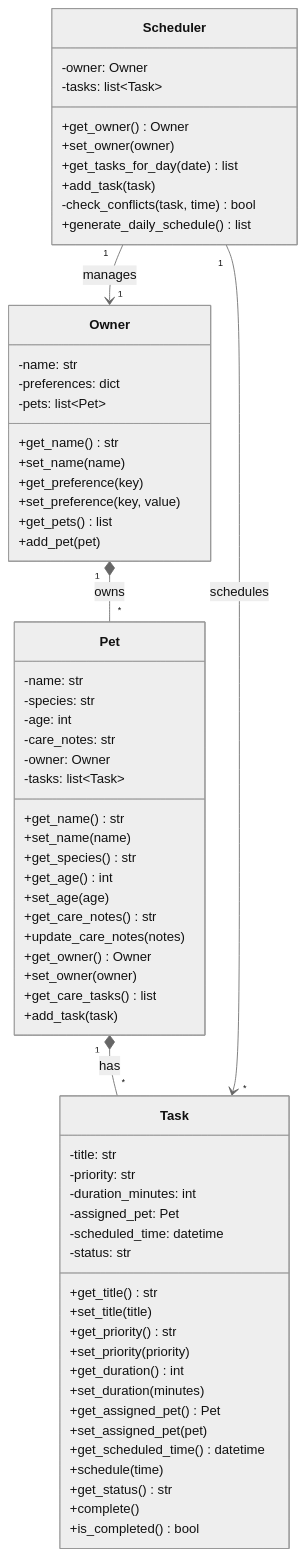
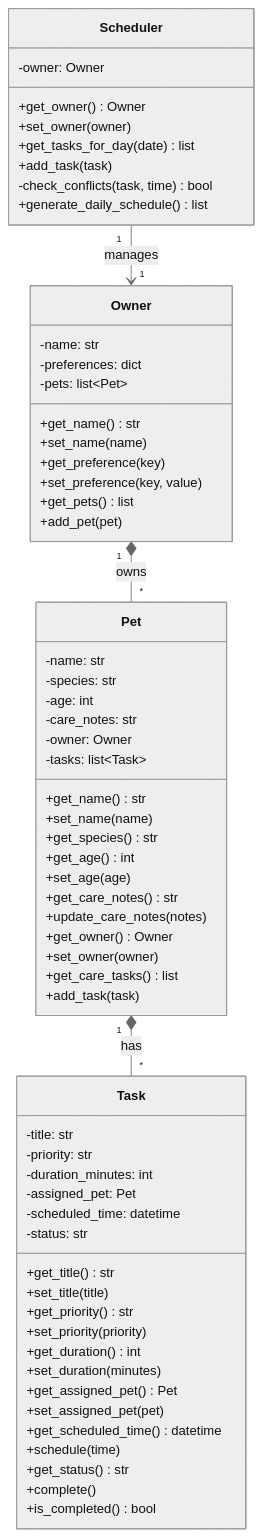
One commit to MelodyW2022/ai110-module2show-pawpal-starter changed the diagram in UML.md. Above: the diagram before and after it, drawn with Mermaid (neutral theme). The commit also changed 2 other files, not shown here.

Commit message:
fix: resolve dataclass name mangling and remove redundant Scheduler.tasks

````diff
--- a/UML.md
+++ b/UML.md
@@ -3,72 +3,70 @@
 ```mermaid
 classDiagram
     class Owner {
         -name: str
         -preferences: dict
         -pets: list~Pet~
         +get_name() str
         +set_name(name)
         +get_preference(key)
         +set_preference(key, value)
         +get_pets() list
         +add_pet(pet)
     }
 
     class Pet {
         -name: str
         -species: str
         -age: int
         -care_notes: str
         -owner: Owner
         -tasks: list~Task~
         +get_name() str
         +set_name(name)
         +get_species() str
         +get_age() int
         +set_age(age)
         +get_care_notes() str
         +update_care_notes(notes)
         +get_owner() Owner
         +set_owner(owner)
         +get_care_tasks() list
         +add_task(task)
     }
 
     class Task {
         -title: str
         -priority: str
         -duration_minutes: int
         -assigned_pet: Pet
         -scheduled_time: datetime
         -status: str
         +get_title() str
         +set_title(title)
         +get_priority() str
         +set_priority(priority)
         +get_duration() int
         +set_duration(minutes)
         +get_assigned_pet() Pet
         +set_assigned_pet(pet)
         +get_scheduled_time() datetime
         +schedule(time)
         +get_status() str
         +complete()
         +is_completed() bool
     }
 
     class Scheduler {
         -owner: Owner
-        -tasks: list~Task~
         +get_owner() Owner
         +set_owner(owner)
         +get_tasks_for_day(date) list
         +add_task(task)
         -check_conflicts(task, time) bool
         +generate_daily_schedule() list
     }
 
     Owner "1" *-- "*" Pet : owns
     Pet "1" *-- "*" Task : has
     Scheduler "1" --> "1" Owner : manages
-    Scheduler "1" --> "*" Task : schedules
 ```
````
